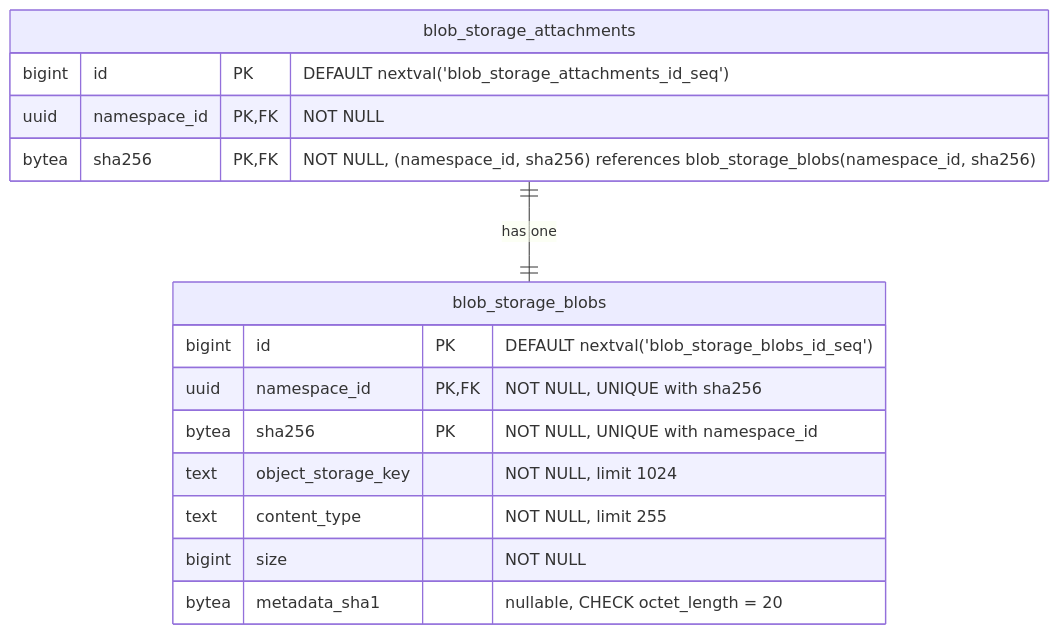
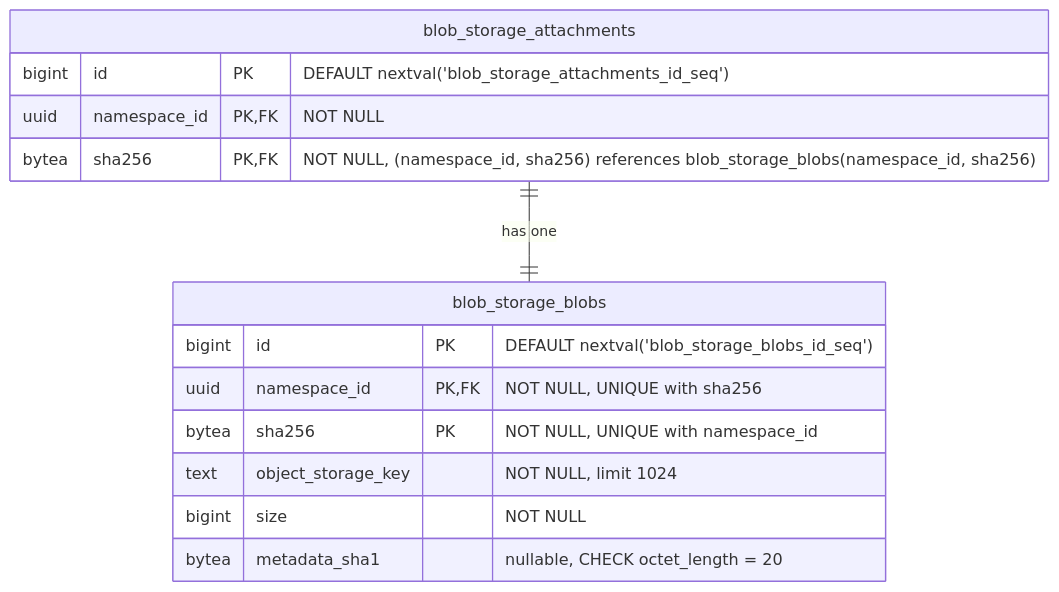
One commit to kyama0/gitlab-handbook-ja changed diagram 16 of 19 in content/handbook/engineering/architecture/design-documents/artifact_registry/decisions/007_database_schema.md. Above: the diagram before and after it, drawn with Mermaid. The commit also changed other lines of this file and 67 other files, not shown here.

````diff
--- a/content/handbook/engineering/architecture/design-documents/artifact_registry/decisions/007_database_schema.md
+++ b/content/handbook/engineering/architecture/design-documents/artifact_registry/decisions/007_database_schema.md
@@ -1478,20 +1481,19 @@
 ```mermaid
 erDiagram
     blob_storage_attachments ||--|| blob_storage_blobs : "has one"
 
     blob_storage_attachments {
         bigint id PK "DEFAULT nextval('blob_storage_attachments_id_seq')"
         uuid namespace_id PK,FK "NOT NULL"
         bytea sha256 PK,FK "NOT NULL, (namespace_id, sha256) references blob_storage_blobs(namespace_id, sha256)"
     }
 
     blob_storage_blobs {
         bigint id PK "DEFAULT nextval('blob_storage_blobs_id_seq')"
         uuid namespace_id PK,FK "NOT NULL, UNIQUE with sha256"
         bytea sha256 PK "NOT NULL, UNIQUE with namespace_id"
         text object_storage_key "NOT NULL, limit 1024"
-        text content_type "NOT NULL, limit 255"
         bigint size "NOT NULL"
         bytea metadata_sha1 "nullable, CHECK octet_length = 20"
     }
 ```
````
